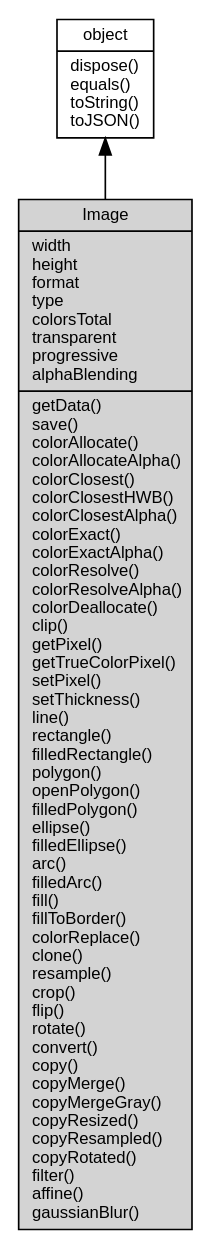
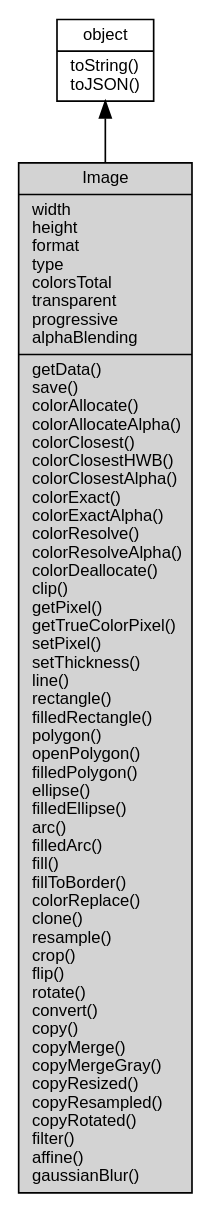
The diagram in docs/object/ifs/Image.md (asionius/fibjs-ceph), drawn with Graphviz before and after one commit. The commit also changed other lines of this file and 138 other files, not shown here.

````diff
--- a/docs/object/ifs/Image.md
+++ b/docs/object/ifs/Image.md
@@ -12,10 +12,10 @@
 ```dot
 digraph {
     node [fontname="Helvetica,sans-Serif", fontsize=10, shape="record", style="filled", fillcolor="white"];
 
-    object [tooltip="object", URL="object.md", label="{object|dispose()\lequals()\ltoString()\ltoJSON()\l}"];
-    Image [tooltip="Image", fillcolor="lightgray", label="{Image|width\lheight\lformat\ltype\lcolorsTotal\ltransparent\lprogressive\lalphaBlending\l|getData()\lsave()\lcolorAllocate()\lcolorAllocateAlpha()\lcolorClosest()\lcolorClosestHWB()\lcolorClosestAlpha()\lcolorExact()\lcolorExactAlpha()\lcolorResolve()\lcolorResolveAlpha()\lcolorDeallocate()\lclip()\lgetPixel()\lgetTrueColorPixel()\lsetPixel()\lsetThickness()\lline()\lrectangle()\lfilledRectangle()\lpolygon()\lopenPolygon()\lfilledPolygon()\lellipse()\lfilledEllipse()\larc()\lfilledArc()\lfill()\lfillToBorder()\lcolorReplace()\lclone()\lresample()\lcrop()\lflip()\lrotate()\lconvert()\lcopy()\lcopyMerge()\lcopyMergeGray()\lcopyResized()\lcopyResampled()\lcopyRotated()\lfilter()\laffine()\lgaussianBlur()\l}"];
+    object [tooltip="object", URL="object.md", label="{object|toString()\ltoJSON()\l}"];
+    Image [tooltip="Image", fillcolor="lightgray", id="me", label="{Image|width\lheight\lformat\ltype\lcolorsTotal\ltransparent\lprogressive\lalphaBlending\l|getData()\lsave()\lcolorAllocate()\lcolorAllocateAlpha()\lcolorClosest()\lcolorClosestHWB()\lcolorClosestAlpha()\lcolorExact()\lcolorExactAlpha()\lcolorResolve()\lcolorResolveAlpha()\lcolorDeallocate()\lclip()\lgetPixel()\lgetTrueColorPixel()\lsetPixel()\lsetThickness()\lline()\lrectangle()\lfilledRectangle()\lpolygon()\lopenPolygon()\lfilledPolygon()\lellipse()\lfilledEllipse()\larc()\lfilledArc()\lfill()\lfillToBorder()\lcolorReplace()\lclone()\lresample()\lcrop()\lflip()\lrotate()\lconvert()\lcopy()\lcopyMerge()\lcopyMergeGray()\lcopyResized()\lcopyResampled()\lcopyRotated()\lfilter()\laffine()\lgaussianBlur()\l}"];
 
     object -> Image [dir=back];
 }
 ```
````
